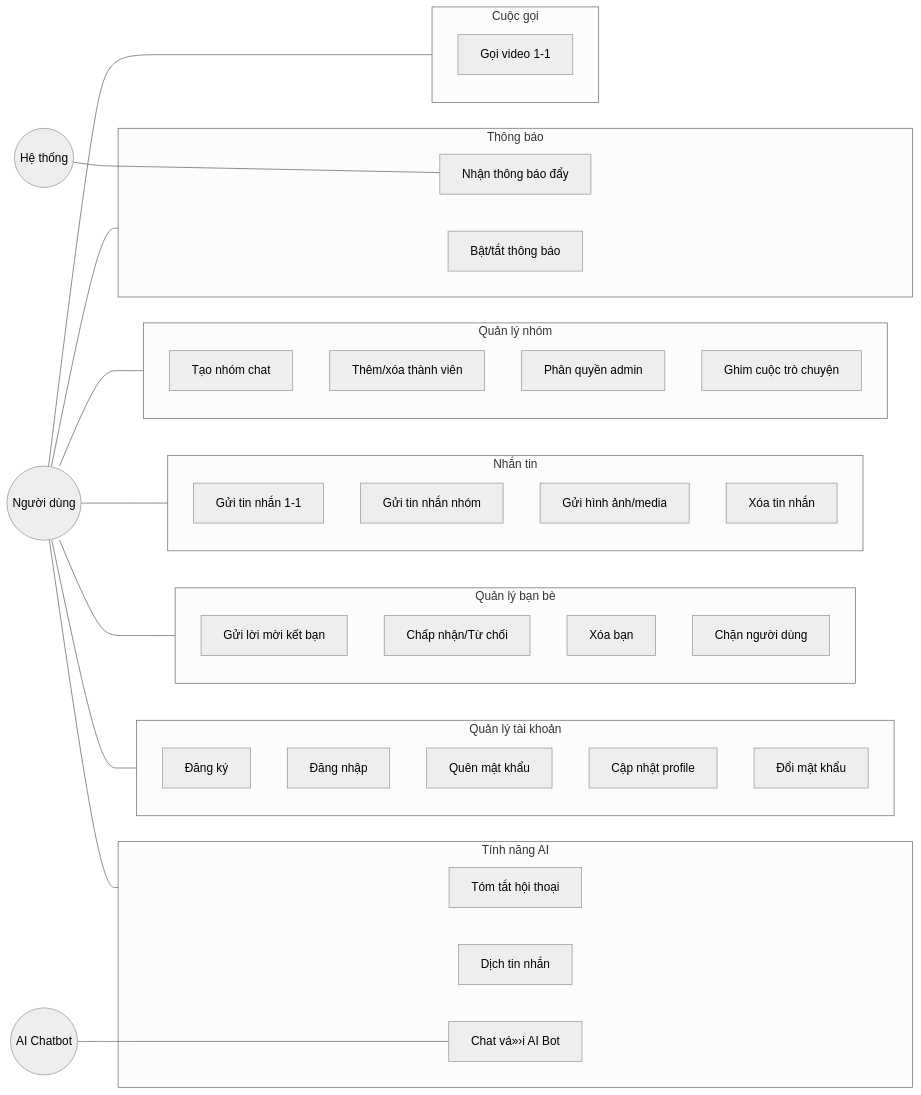
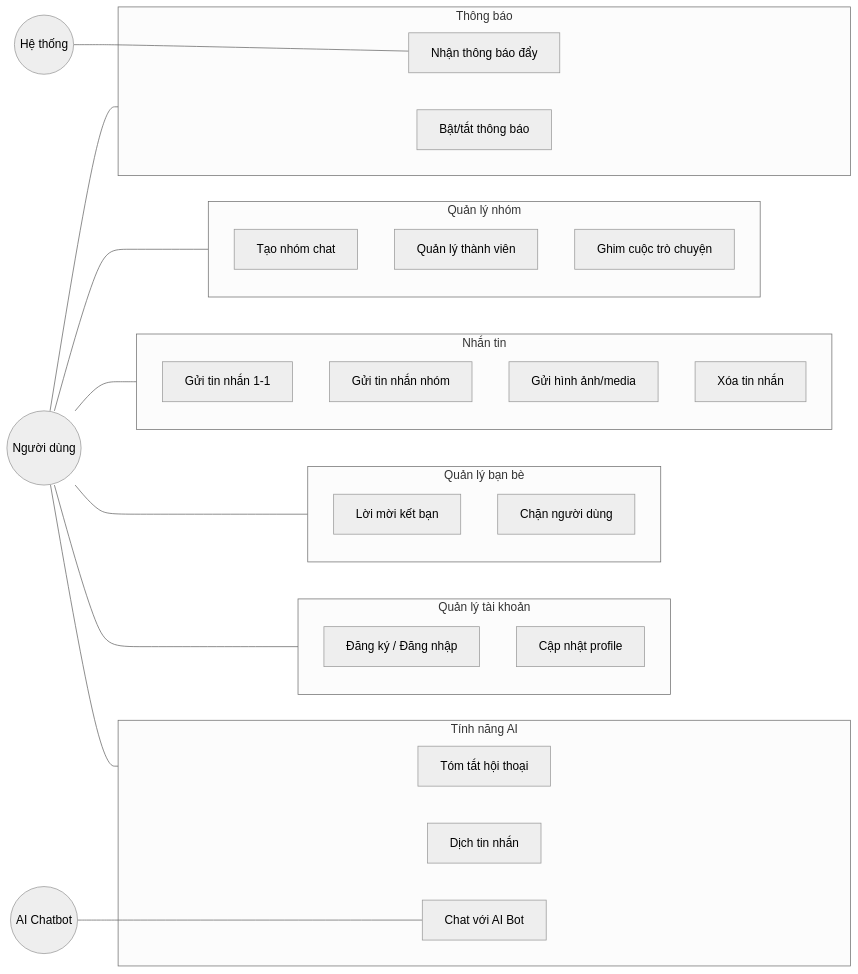
The second of 11 diagrams in bao_cao_thanh_vien_1.md (HiepNguyen284/chatapp), drawn with Mermaid (neutral theme) before and after one commit. The commit also changed other lines of this file and 4473 other files, not shown here.

````diff
--- a/bao_cao_thanh_vien_1.md
+++ b/bao_cao_thanh_vien_1.md
@@ -479,61 +339,44 @@
 ```mermaid
 graph LR
     User((Người dùng))
     AI_Bot((AI Chatbot))
     System((Hệ thống))
 
     subgraph UC_Auth["Quản lý tài khoản"]
-        UC1["Đăng ký"]
-        UC2["Đăng nhập"]
-        UC3["Quên mật khẩu"]
+        UC1["Đăng ký / Đăng nhập"]
         UC4["Cập nhật profile"]
-        UC5["Đổi mật khẩu"]
     end
-
     subgraph UC_Friend["Quản lý bạn bè"]
-        UC6["Gửi lời mời kết bạn"]
-        UC7["Chấp nhận/Từ chối"]
-        UC8["Xóa bạn"]
+        UC6["Lời mời kết bạn"]
         UC9["Chặn người dùng"]
     end
-
     subgraph UC_Chat["Nhắn tin"]
         UC10["Gửi tin nhắn 1-1"]
         UC11["Gửi tin nhắn nhóm"]
         UC12["Gửi hình ảnh/media"]
         UC13["Xóa tin nhắn"]
     end
-
     subgraph UC_Group["Quản lý nhóm"]
         UC14["Tạo nhóm chat"]
-        UC15["Thêm/xóa thành viên"]
-        UC16["Phân quyền admin"]
+        UC15["Quản lý thành viên"]
         UC17["Ghim cuộc trò chuyện"]
     end
-
     subgraph UC_AI["Tính năng AI"]
         UC18["Tóm tắt hội thoại"]
         UC19["Dịch tin nhắn"]
-        UC20["Chat vá»›i AI Bot"]
+        UC20["Chat với AI Bot"]
     end
-
     subgraph UC_Notify["Thông báo"]
         UC21["Nhận thông báo đẩy"]
         UC22["Bật/tắt thông báo"]
-    end
-
-    subgraph UC_Call["Cuộc gọi"]
-        UC23["Gọi video 1-1"]
     end
 
     User --- UC_Auth
     User --- UC_Friend
     User --- UC_Chat
     User --- UC_Group
     User --- UC_AI
     User --- UC_Notify
-    User --- UC_Call
-
     AI_Bot --- UC20
     System --- UC21
 ```
````
